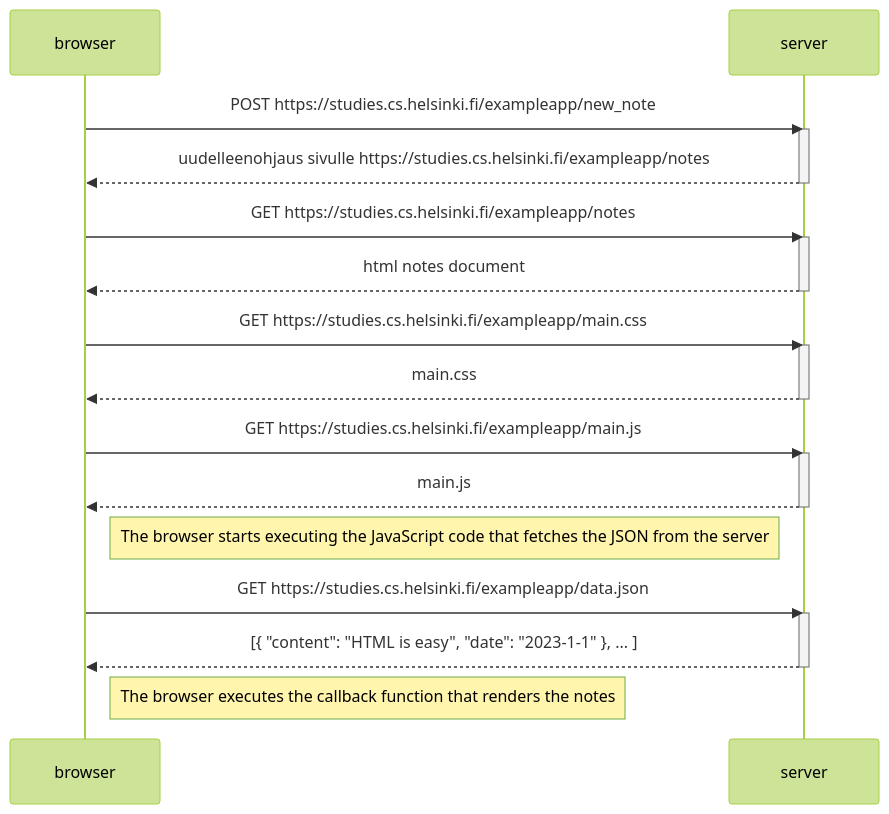
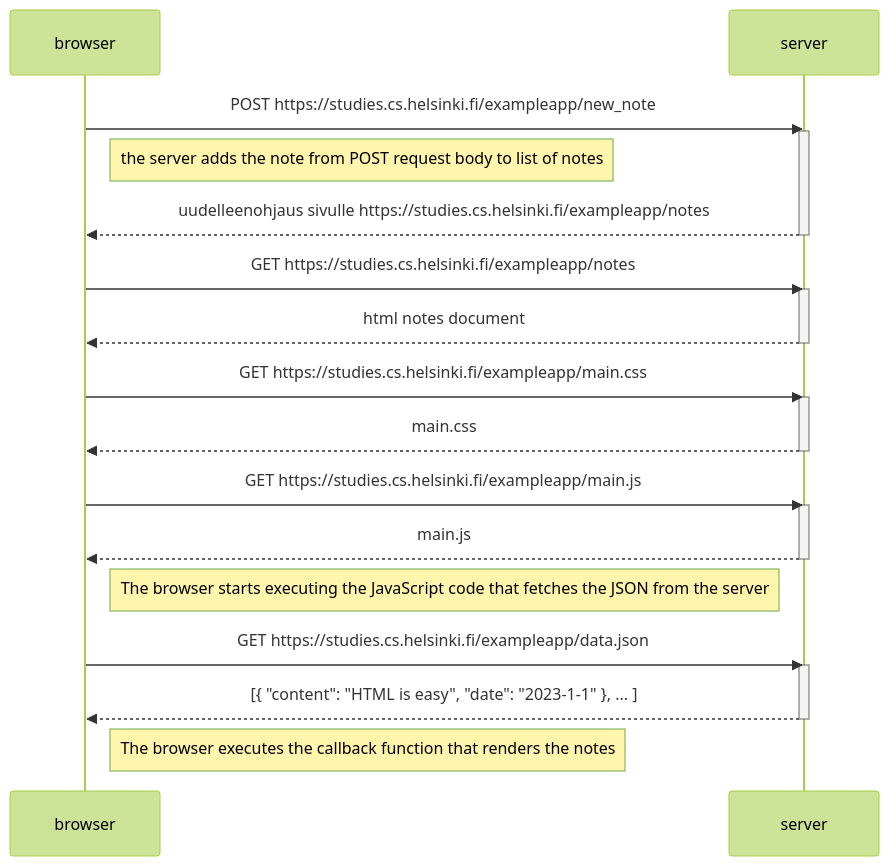
Before and after one commit to vqhqu/fullstackopen: the diagram in osa0/4 uusi muistiinpano.md, drawn with Mermaid (forest theme).

Commit message:
add note

````diff
--- a/osa0/4 uusi muistiinpano.md
+++ b/osa0/4 uusi muistiinpano.md
@@ -1,31 +1,32 @@
 ```mermaid
 sequenceDiagram
     participant browser
     participant server
 
     browser->>server: POST https://studies.cs.helsinki.fi/exampleapp/new_note
     activate server
+    Note right of browser: the server adds the note from POST request body to list of notes
     server-->>browser: uudelleenohjaus sivulle https://studies.cs.helsinki.fi/exampleapp/notes
     deactivate server
 
     browser->>server: GET https://studies.cs.helsinki.fi/exampleapp/notes
     activate server
     server-->>browser: html notes document
     deactivate server
     browser->>server: GET https://studies.cs.helsinki.fi/exampleapp/main.css
     activate server
     server-->>browser: main.css
     deactivate server
     browser->>server: GET https://studies.cs.helsinki.fi/exampleapp/main.js
     activate server
     server-->>browser: main.js
     deactivate server
     Note right of browser: The browser starts executing the JavaScript code that fetches the JSON from the server
     
     browser->>server: GET https://studies.cs.helsinki.fi/exampleapp/data.json
     activate server
     server-->>browser: [{ "content": "HTML is easy", "date": "2023-1-1" }, ... ]
     deactivate server    
 
     Note right of browser: The browser executes the callback function that renders the notes 
 ```
````
